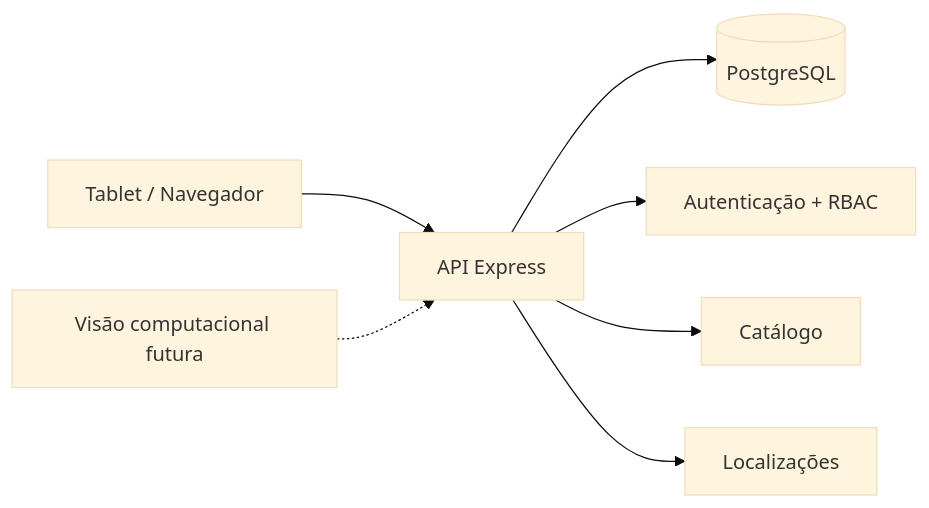
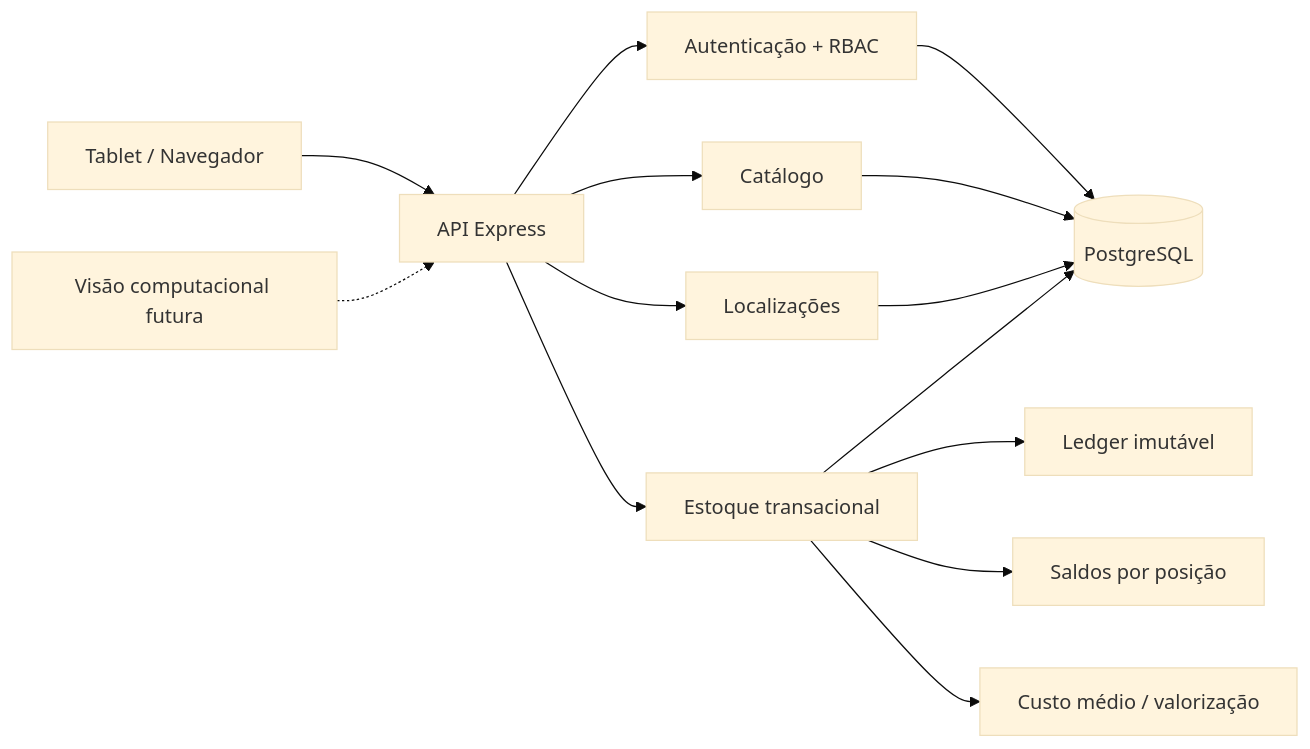
One commit to tombemol/A.L.M.A changed the diagram in README.md. Above: the diagram before and after it, drawn with Mermaid (base theme). The commit also changed other lines of this file and 24 other files, not shown here.

First line of the commit message:
feat: concluir Fase 1C de estoque transacional (#3)

````diff
--- a/README.md
+++ b/README.md
@@ -49,9 +62,16 @@
 ```mermaid
 flowchart LR
   T[Tablet / Navegador] --> API[API Express]
-  API --> DB[(PostgreSQL)]
   API --> AUTH[Autenticação + RBAC]
   API --> CAT[Catálogo]
   API --> LOC[Localizações]
+  API --> INV[Estoque transacional]
+  AUTH --> DB[(PostgreSQL)]
+  CAT --> DB
+  LOC --> DB
+  INV --> DB
+  INV --> LEDGER[Ledger imutável]
+  INV --> BAL[Saldos por posição]
+  INV --> VAL[Custo médio / valorização]
   V[Visão computacional futura] -.-> API
 ```
````
